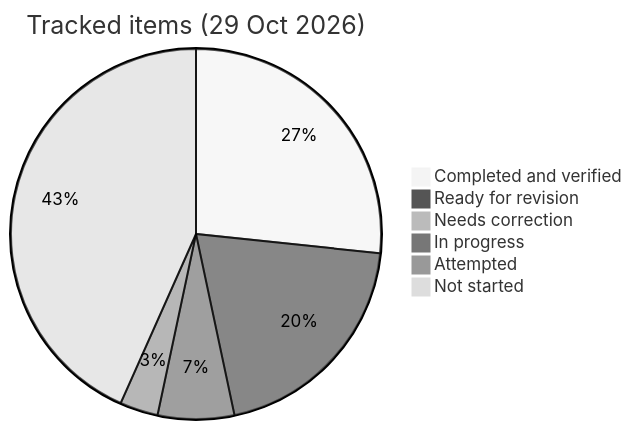
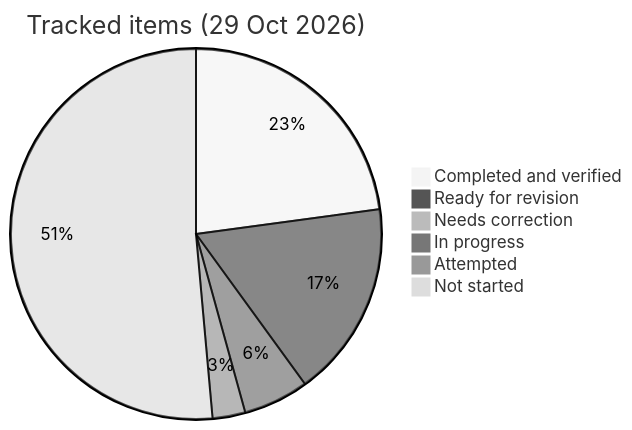
One commit to PrashantSury/java-switch-journey changed the diagram in PROGRESS.md. Above: the diagram before and after it, drawn with Mermaid (neutral theme). The commit also changed other lines of this file and 1 other file, not shown here.

````diff
--- a/PROGRESS.md
+++ b/PROGRESS.md
@@ -135,9 +135,9 @@
 ```mermaid
 pie title Tracked items (29 Oct 2026)
   "Completed and verified" : 8
   "Ready for revision" : 6
   "Needs correction" : 0
   "In progress" : 2
   "Attempted" : 1
-  "Not started" : 13
+  "Not started" : 18
 ```
````
